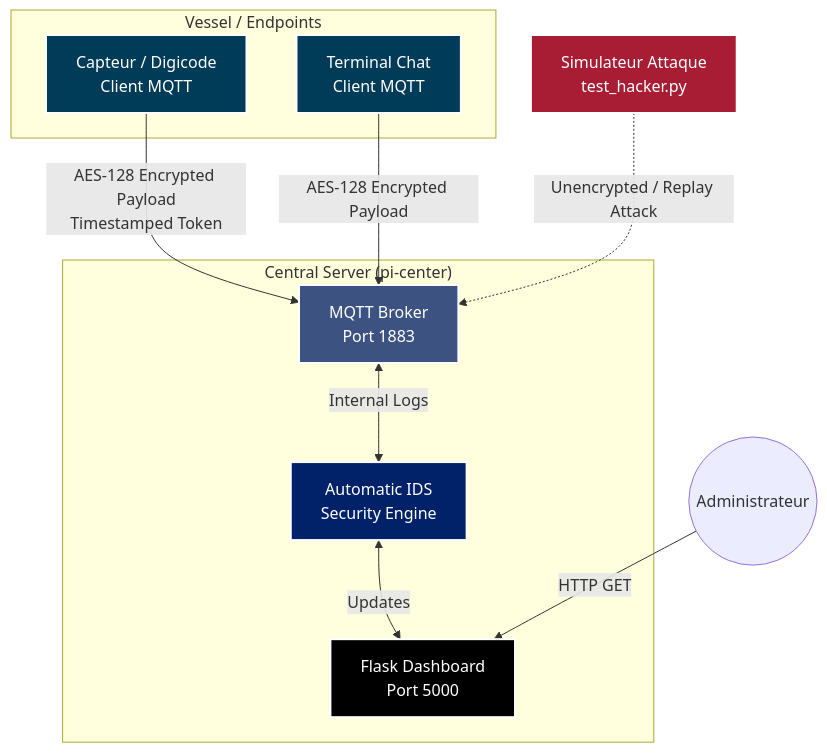
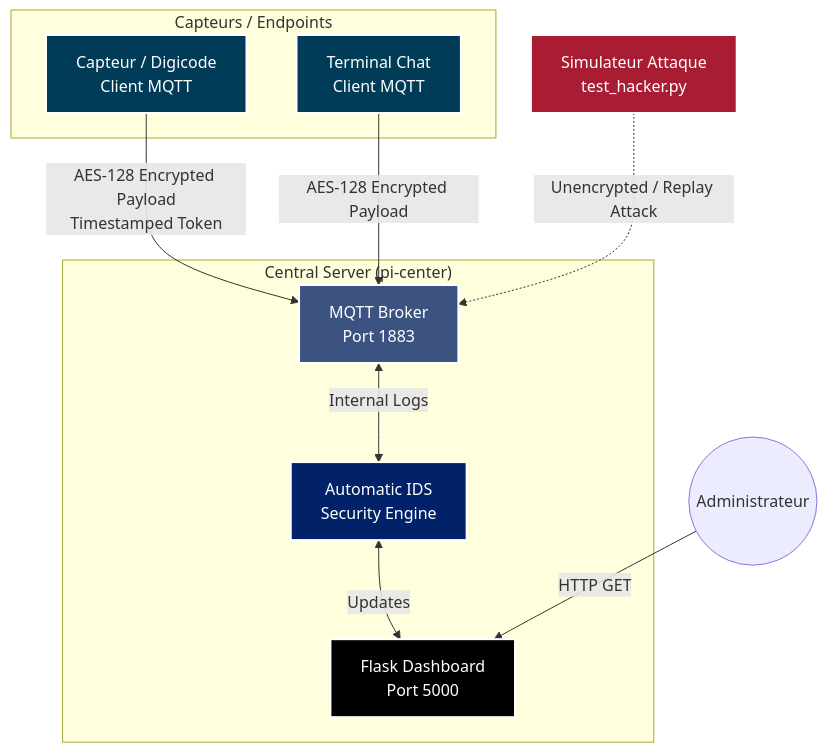
One commit to LefevreGregoire/workshop-b3-iot changed the diagram in README.md. Above: the diagram before and after it, drawn with Mermaid. The commit also changed other lines of this file, not shown here.

Commit message:
docs: remove vessel references from original diagram

````diff
--- a/README.md
+++ b/README.md
@@ -20,33 +20,33 @@
 ```mermaid
 flowchart TD
     %% Define styles
     classDef server fill:#012169,stroke:#fff,stroke-width:2px,color:#fff
     classDef broker fill:#3C5280,stroke:#fff,stroke-width:2px,color:#fff
     classDef client fill:#003B57,stroke:#fff,stroke-width:2px,color:#fff
     classDef web fill:#000000,stroke:#fff,stroke-width:2px,color:#fff
     classDef attacker fill:#A81D33,stroke:#fff,stroke-width:2px,color:#fff
 
     %% Nodes
     subgraph "Central Server (pi-center)"
         Broker[MQTT Broker<br/>Port 1883]:::broker
         IDS[Automatic IDS<br/>Security Engine]:::server
         Web[Flask Dashboard<br/>Port 5000]:::web
         
         Broker <-->|Internal Logs| IDS
         IDS <-->|Updates| Web
     end
 
-    subgraph "Vessel / Endpoints"
+    subgraph "Capteurs / Endpoints"
         Sensor[Capteur / Digicode<br/>Client MQTT]:::client
         Chat[Terminal Chat<br/>Client MQTT]:::client
     end
 
     Hacker[Simulateur Attaque<br/>test_hacker.py]:::attacker
 
     %% Links
     Sensor -->|AES-128 Encrypted Payload<br/>Timestamped Token| Broker
     Chat -->|AES-128 Encrypted Payload| Broker
     Hacker -.->|Unencrypted / Replay Attack| Broker
     
     User((Administrateur)) -->|HTTP GET| Web
 ```
````
